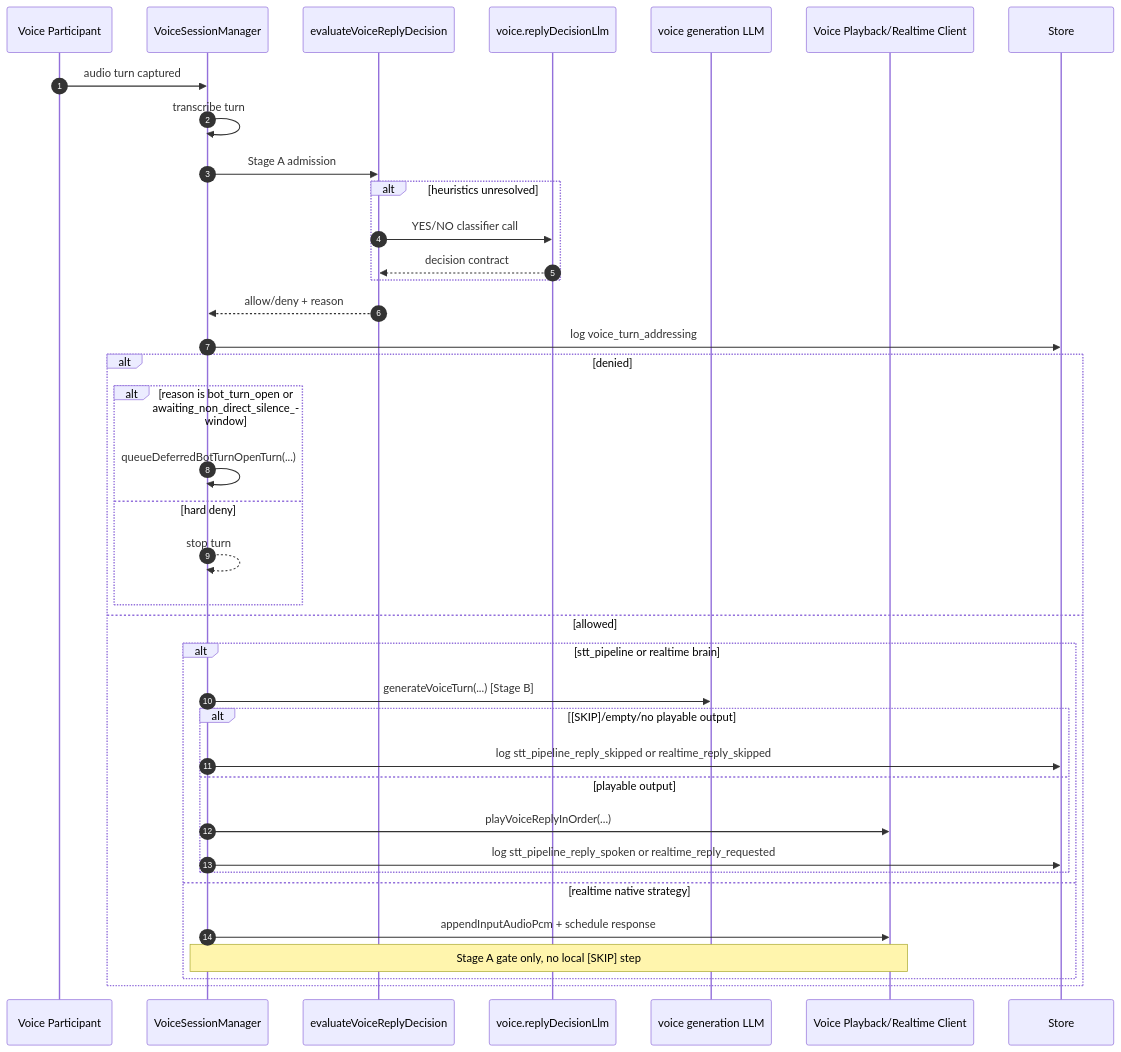
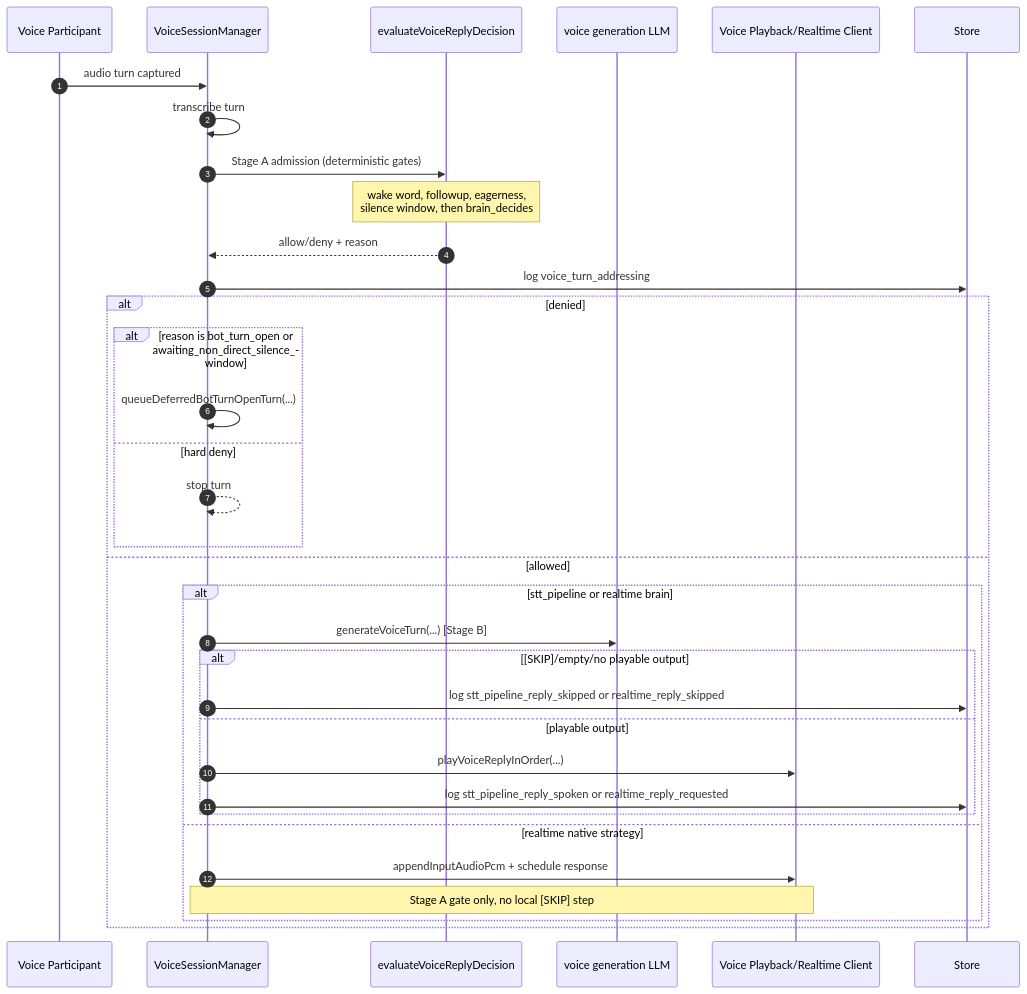
Before and after one commit to Volpestyle/clanker_conk: the diagram in docs/diagrams/reply-decision-chat-sequence.mmd, drawn with Mermaid. The commit also changed 12 other files, not shown here.

First line of the commit message:
refactor(voice): remove LLM reply decision classifier from evaluateVoiceReplyDecision

```diff
--- a/docs/diagrams/reply-decision-chat-sequence.mmd
+++ b/docs/diagrams/reply-decision-chat-sequence.mmd
@@ -1,40 +1,36 @@
 sequenceDiagram
     autonumber
     participant Speaker as Voice Participant
     participant Voice as VoiceSessionManager
     participant Decider as evaluateVoiceReplyDecision
-    participant DecideLLM as voice.replyDecisionLlm
     participant GenLLM as voice generation LLM
     participant Playback as Voice Playback/Realtime Client
     participant Store as Store
 
     Speaker->>Voice: audio turn captured
     Voice->>Voice: transcribe turn
-    Voice->>Decider: Stage A admission
-    alt heuristics unresolved
-      Decider->>DecideLLM: YES/NO classifier call
-      DecideLLM-->>Decider: decision contract
-    end
+    Voice->>Decider: Stage A admission (deterministic gates)
+    Note over Decider: wake word, followup, eagerness,<br/>silence window, then brain_decides
     Decider-->>Voice: allow/deny + reason
     Voice->>Store: log voice_turn_addressing
 
     alt denied
       alt reason is bot_turn_open or awaiting_non_direct_silence_window
         Voice->>Voice: queueDeferredBotTurnOpenTurn(...)
       else hard deny
         Voice-->>Voice: stop turn
       end
     else allowed
       alt stt_pipeline or realtime brain
         Voice->>GenLLM: generateVoiceTurn(...) [Stage B]
         alt [SKIP]/empty/no playable output
           Voice->>Store: log stt_pipeline_reply_skipped or realtime_reply_skipped
         else playable output
           Voice->>Playback: playVoiceReplyInOrder(...)
           Voice->>Store: log stt_pipeline_reply_spoken or realtime_reply_requested
         end
       else realtime native strategy
         Voice->>Playback: appendInputAudioPcm + schedule response
         Note over Voice,Playback: Stage A gate only, no local [SKIP] step
       end
     end
```
